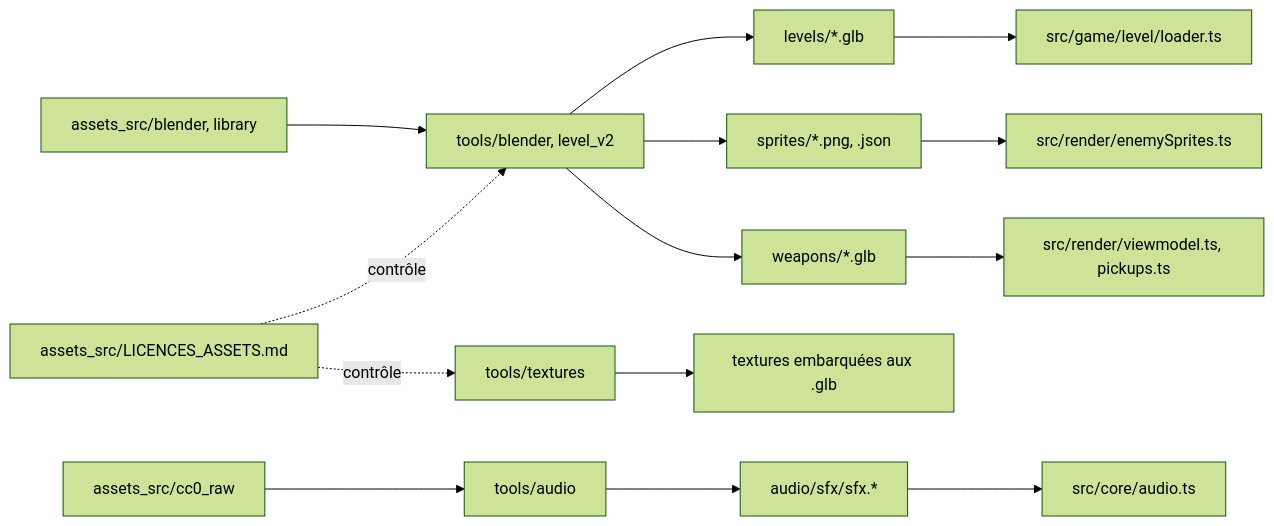
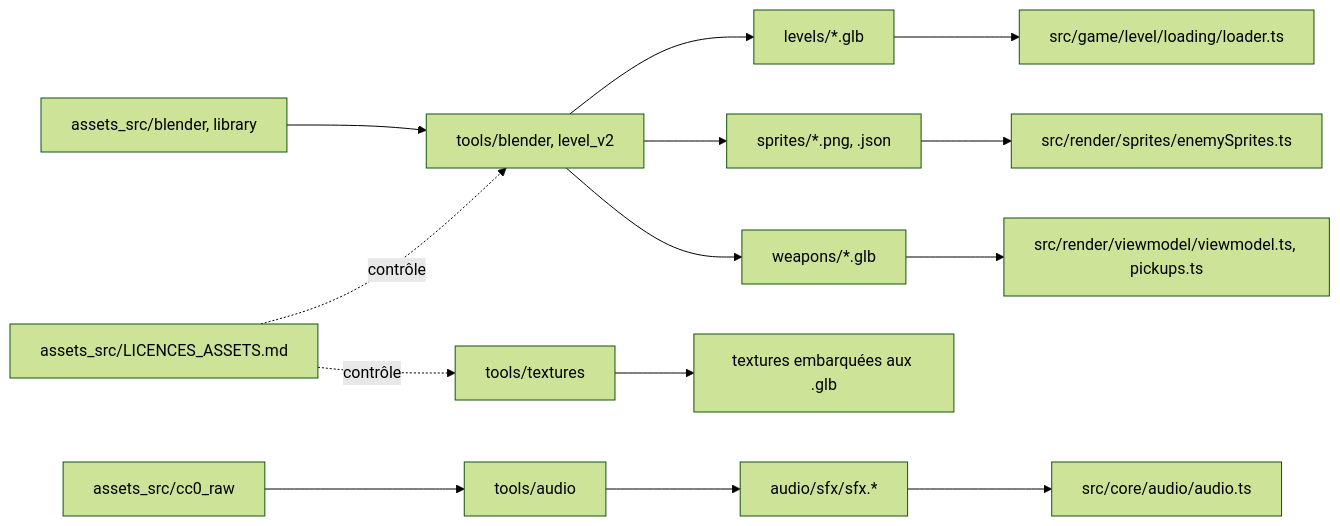
One commit to benjiGir/projet-cassandre changed the diagram in docs/3-architecture/pipelines-de-contenu.md. Above: the diagram before and after it, drawn with Mermaid (forest theme). The commit also changed other lines of this file and 457 other files, not shown here.

````diff
--- a/docs/3-architecture/pipelines-de-contenu.md
+++ b/docs/3-architecture/pipelines-de-contenu.md
@@ -27,16 +27,16 @@
 ```mermaid
 flowchart LR
   Blend["assets_src/blender, library"] --> Blender["tools/blender, level_v2"]
   Blender --> GLB["levels/*.glb"]
   Blender --> Sprites["sprites/*.png, .json"]
   Blender --> Weapons["weapons/*.glb"]
   Tex["tools/textures"] --> Atlas["textures embarquées aux .glb"]
   CC0["assets_src/cc0_raw"] --> Audio["tools/audio"]
   Audio --> Sfx["audio/sfx/sfx.*"]
-  GLB --> Loader["src/game/level/loader.ts"]
-  Sprites --> EnemySprites["src/render/enemySprites.ts"]
-  Weapons --> Viewmodel["src/render/viewmodel.ts, pickups.ts"]
-  Sfx --> AudioTs["src/core/audio.ts"]
+  GLB --> Loader["src/game/level/loading/loader.ts"]
+  Sprites --> EnemySprites["src/render/sprites/enemySprites.ts"]
+  Weapons --> Viewmodel["src/render/viewmodel/viewmodel.ts, pickups.ts"]
+  Sfx --> AudioTs["src/core/audio/audio.ts"]
   Licences["assets_src/LICENCES_ASSETS.md"] -.contrôle.-> Blender
   Licences -.contrôle.-> Tex
 ```
````
